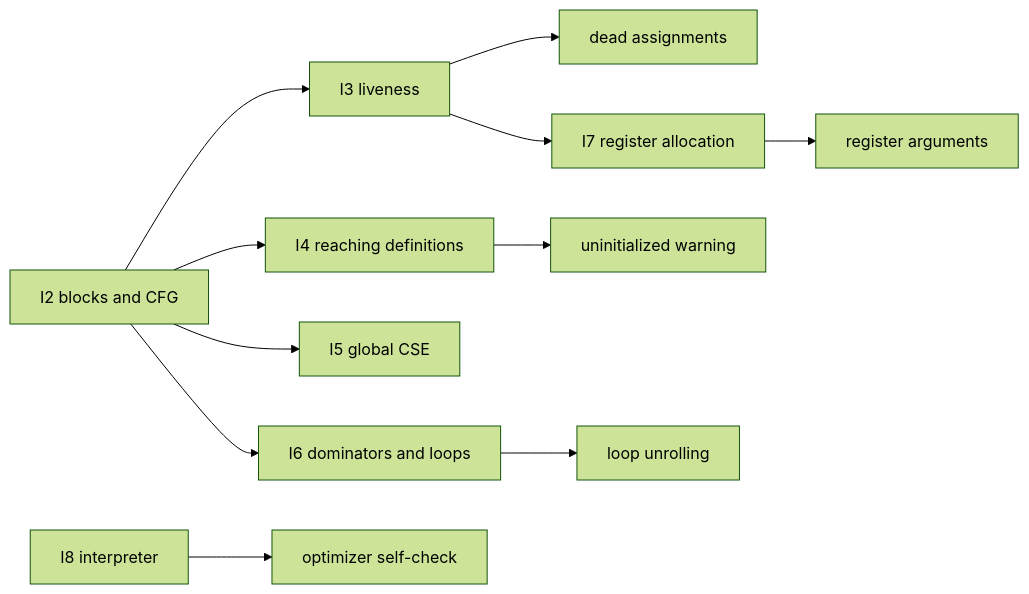
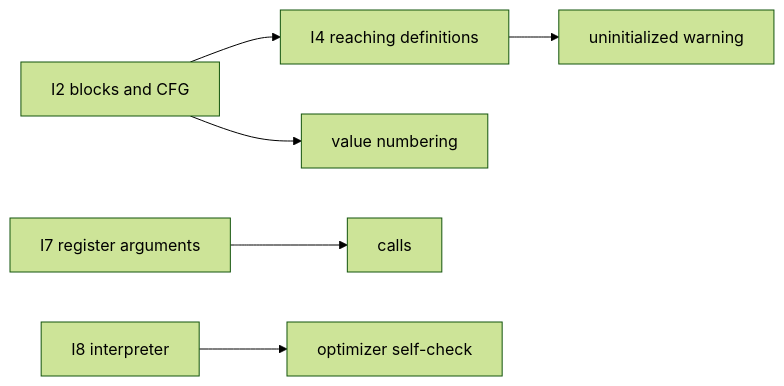
Before and after one commit to migikun474/COMPILER-DESIGN: the third of 3 diagrams in docs/FEATURE_CONNECTIVITY.md, drawn with Mermaid (forest theme). The commit also changed other lines of this file and 334 other files, not shown here.

````diff
--- a/docs/FEATURE_CONNECTIVITY.md
+++ b/docs/FEATURE_CONNECTIVITY.md
@@ -374,13 +371,8 @@
 ```mermaid
 flowchart LR
-    I2["I2 blocks and CFG"] --> I3["I3 liveness"]
-    I2 --> I4["I4 reaching definitions"]
-    I2 --> I5["I5 global CSE"]
-    I2 --> I6["I6 dominators and loops"]
-    I3 --> DA["dead assignments"]
+    I2["I2 blocks and CFG"] --> I4["I4 reaching definitions"]
+    I2 --> VN["value numbering"]
     I4 --> UW["uninitialized warning"]
-    I6 --> UN["loop unrolling"]
-    I3 --> I7["I7 register allocation"]
-    I7 --> RA["register arguments"]
+    I7["I7 register arguments"] --> CALL["calls"]
     I8["I8 interpreter"] --> CK["optimizer self-check"]
 ```
````
